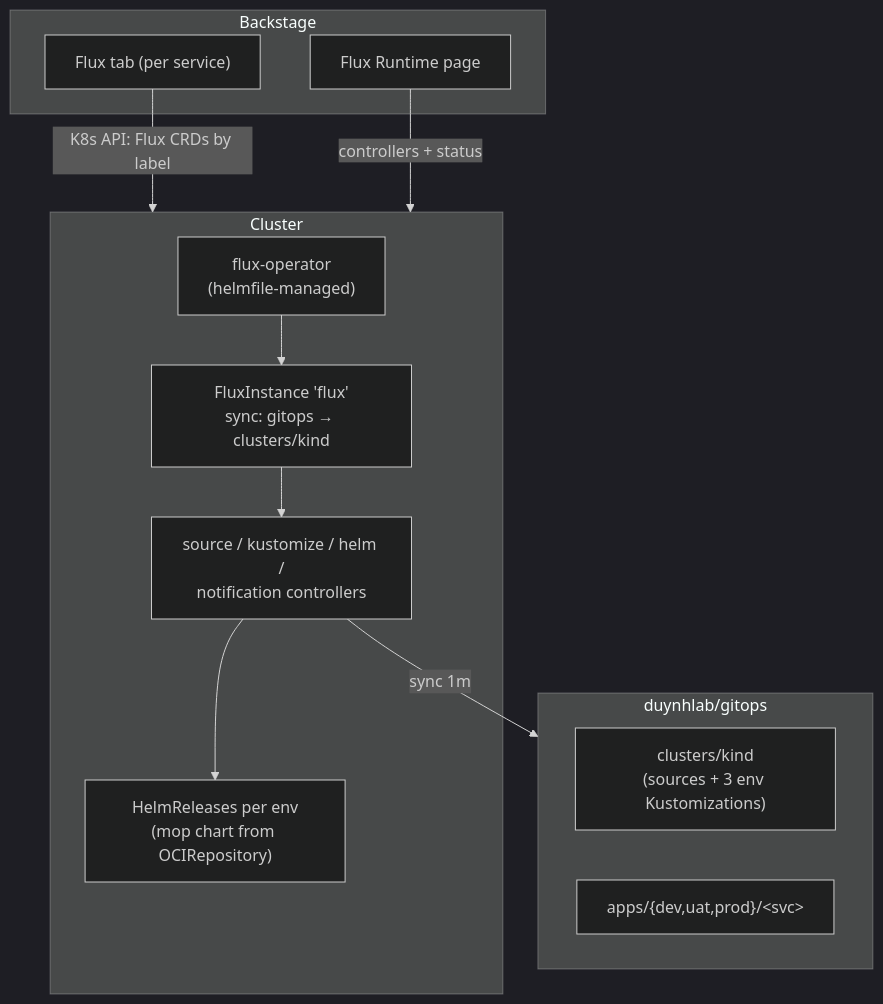
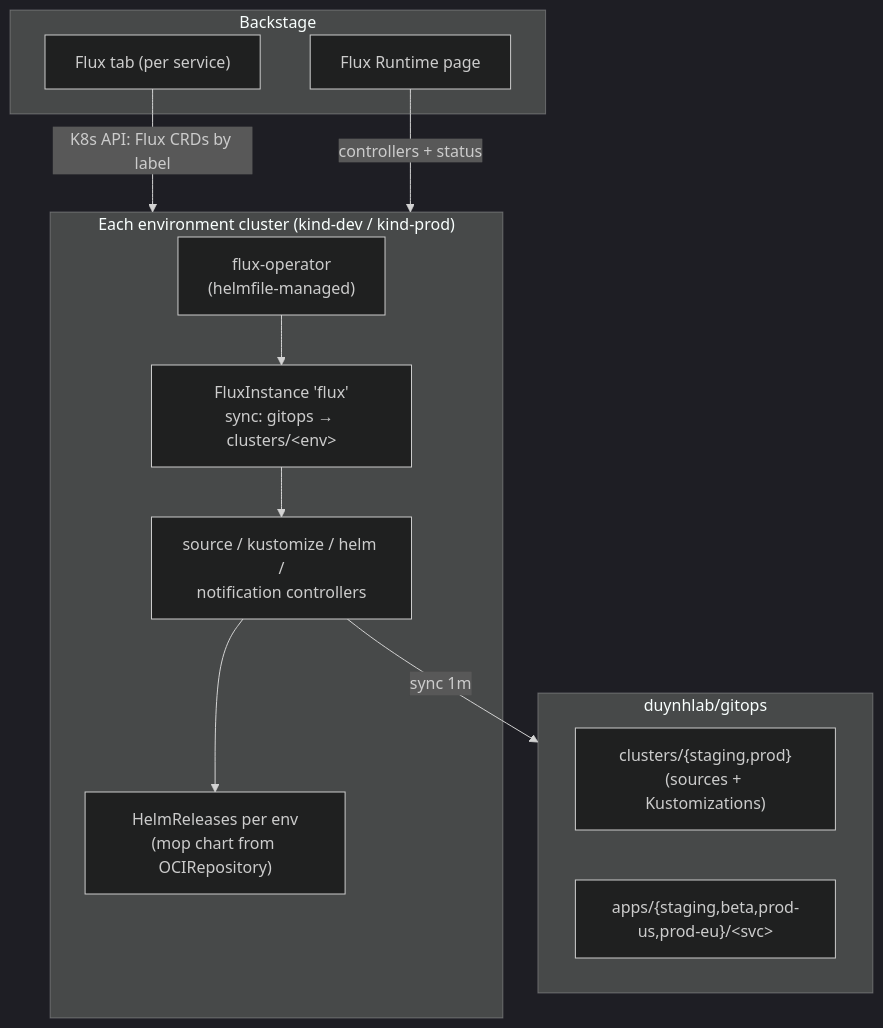
Before and after one commit to duynhlab/backstage: the diagram in docs/flux-integration.md, drawn with Mermaid (dark theme). The commit also changed other lines of this file and 60 other files, not shown here.

````diff
--- a/docs/flux-integration.md
+++ b/docs/flux-integration.md
@@ -7,24 +7,24 @@
 ```mermaid
 flowchart TD
     subgraph gitops ["duynhlab/gitops"]
-        Clusters["clusters/kind\n(sources + 3 env Kustomizations)"]
-        Apps["apps/{dev,uat,prod}/&lt;svc&gt;"]
+        Clusters["clusters/{staging,prod}\n(sources + Kustomizations)"]
+        Apps["apps/{staging,beta,prod-us,prod-eu}/&lt;svc&gt;"]
     end
 
-    subgraph cluster ["Cluster"]
+    subgraph cluster ["Each environment cluster (kind-dev / kind-prod)"]
         FluxOp["flux-operator\n(helmfile-managed)"]
-        FI["FluxInstance 'flux'\nsync: gitops → clusters/kind"]
+        FI["FluxInstance 'flux'\nsync: gitops → clusters/&lt;env&gt;"]
         Ctrl["source / kustomize / helm /\nnotification controllers"]
         HR["HelmReleases per env\n(mop chart from OCIRepository)"]
         FluxOp --> FI --> Ctrl --> HR
     end
 
     subgraph backstage ["Backstage"]
         FluxTab["Flux tab (per service)"]
         Runtime["Flux Runtime page"]
     end
 
     Ctrl -->|"sync 1m"| gitops
     FluxTab -->|"K8s API: Flux CRDs by label"| cluster
     Runtime -->|"controllers + status"| cluster
 ```
````
